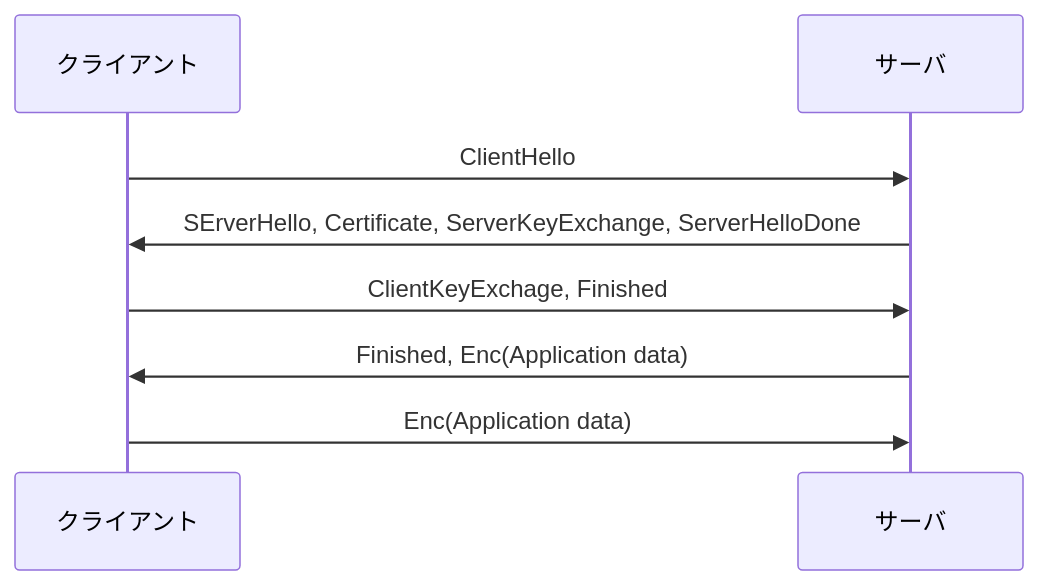
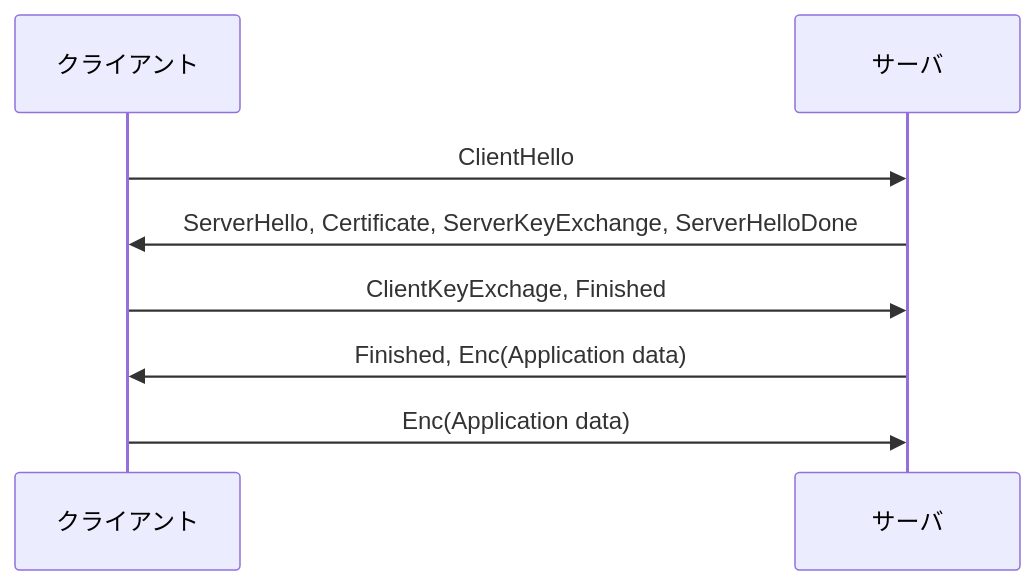
Before and after one commit to punipuni21/docs: the seventh of 7 diagrams in cryptography/docs.md, drawn with Mermaid.

````diff
--- a/cryptography/docs.md
+++ b/cryptography/docs.md
@@ -151,8 +151,8 @@
 ```mermaid
 sequenceDiagram
 クライアント->> サーバ: ClientHello
-サーバ->> クライアント: SErverHello, Certificate, ServerKeyExchange, ServerHelloDone
+サーバ->> クライアント: ServerHello, Certificate, ServerKeyExchange, ServerHelloDone
 クライアント->> サーバ: ClientKeyExchage, Finished
 サーバ->> クライアント: Finished, Enc(Application data)
 クライアント->> サーバ: Enc(Application data)
 ```
````
